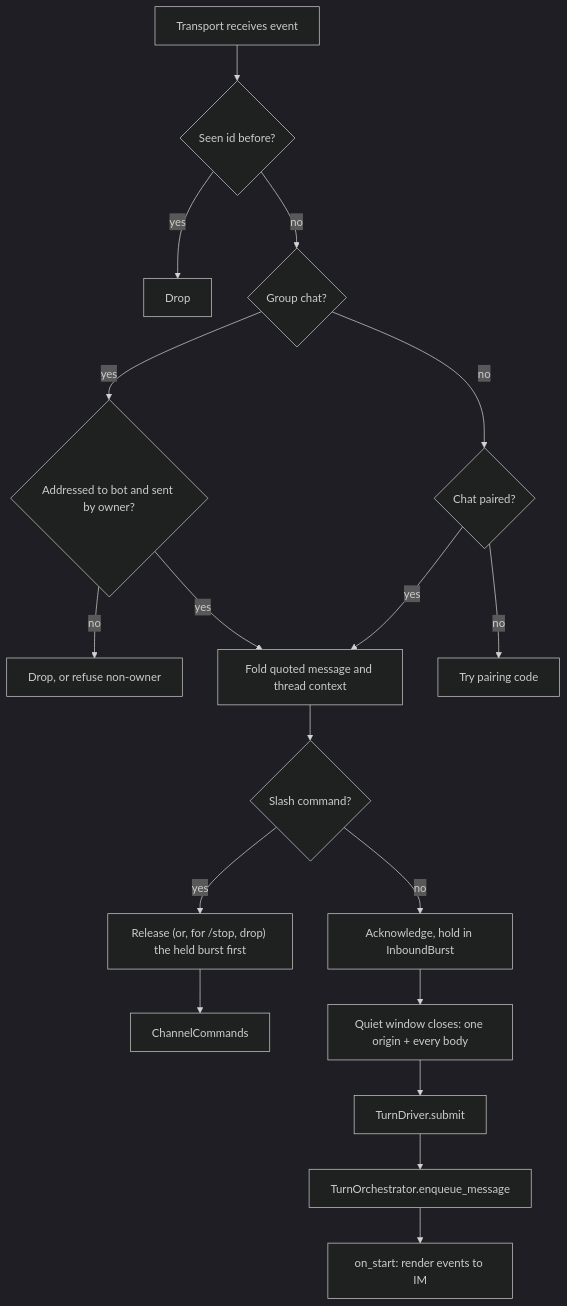
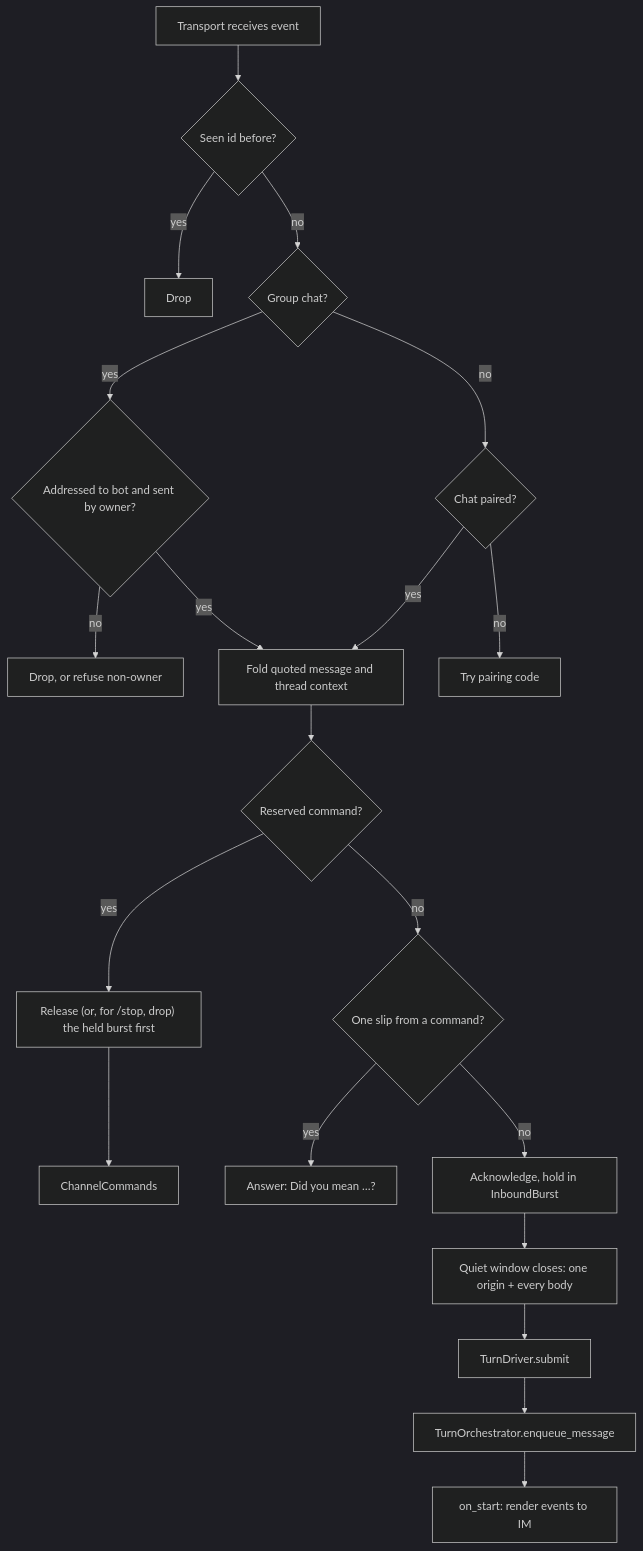
The third of 3 diagrams in docs-site/architecture/chat.md (wyx-sg/Coffer), drawn with Mermaid (dark theme) before and after one commit. The commit also changed other lines of this file and 147 other files, not shown here.

````diff
--- a/docs-site/architecture/chat.md
+++ b/docs-site/architecture/chat.md
@@ -294,20 +294,22 @@
 ```mermaid
 flowchart TD
     A["Transport receives event"] --> B{"Seen id before?"}
     B -- yes --> X["Drop"]
     B -- no --> C{"Group chat?"}
     C -- yes --> D{"Addressed to bot and sent by owner?"}
     D -- no --> X2["Drop, or refuse non-owner"]
     D -- yes --> F
     C -- no --> E{"Chat paired?"}
     E -- no --> P["Try pairing code"]
     E -- yes --> F["Fold quoted message and thread context"]
-    F --> G{"Slash command?"}
+    F --> G{"Reserved command?"}
     H0 --> H["ChannelCommands"]
     G -- yes --> H0["Release (or, for /stop, drop) the held burst first"]
-    G -- no --> I["Acknowledge, hold in InboundBurst"]
+    G -- no --> T{"One slip from a command?"}
+    T -- yes --> TY["Answer: Did you mean …?"]
+    T -- no --> I["Acknowledge, hold in InboundBurst"]
     I --> I2["Quiet window closes: one origin + every body"]
     I2 --> J["TurnDriver.submit"]
     J --> K["TurnOrchestrator.enqueue_message"]
     K --> L["on_start: render events to IM"]
 ```
````
